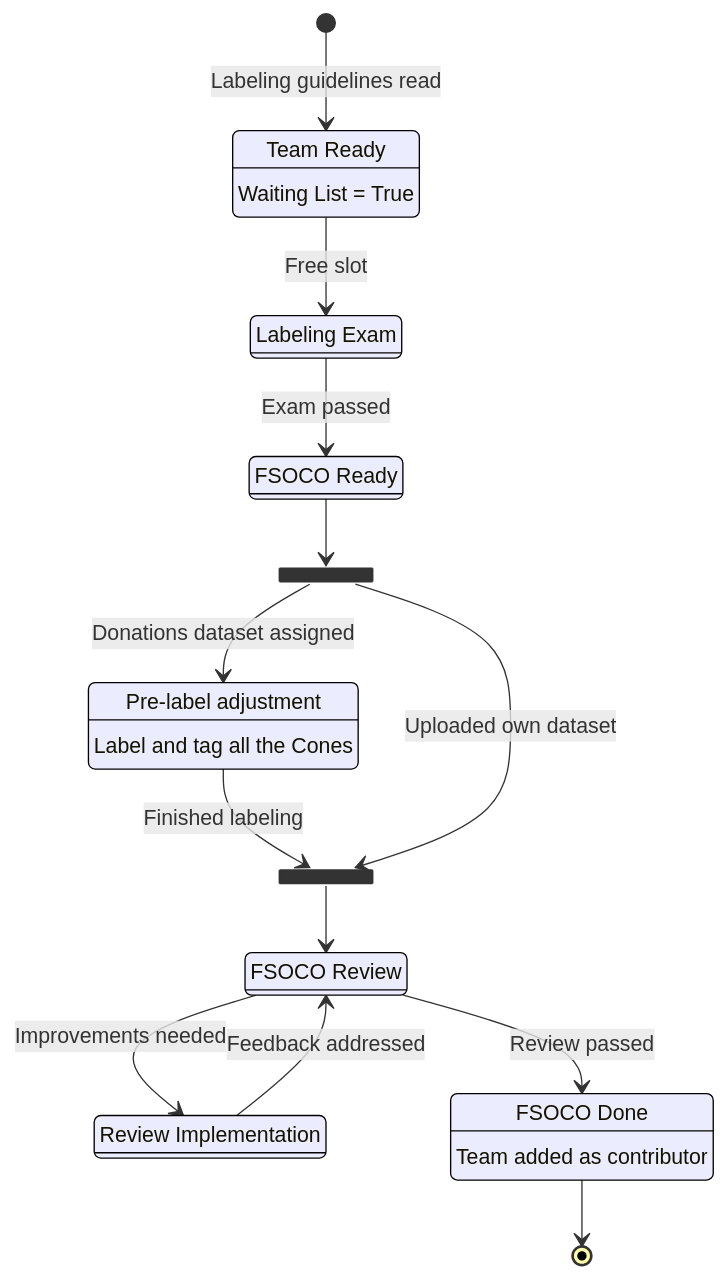
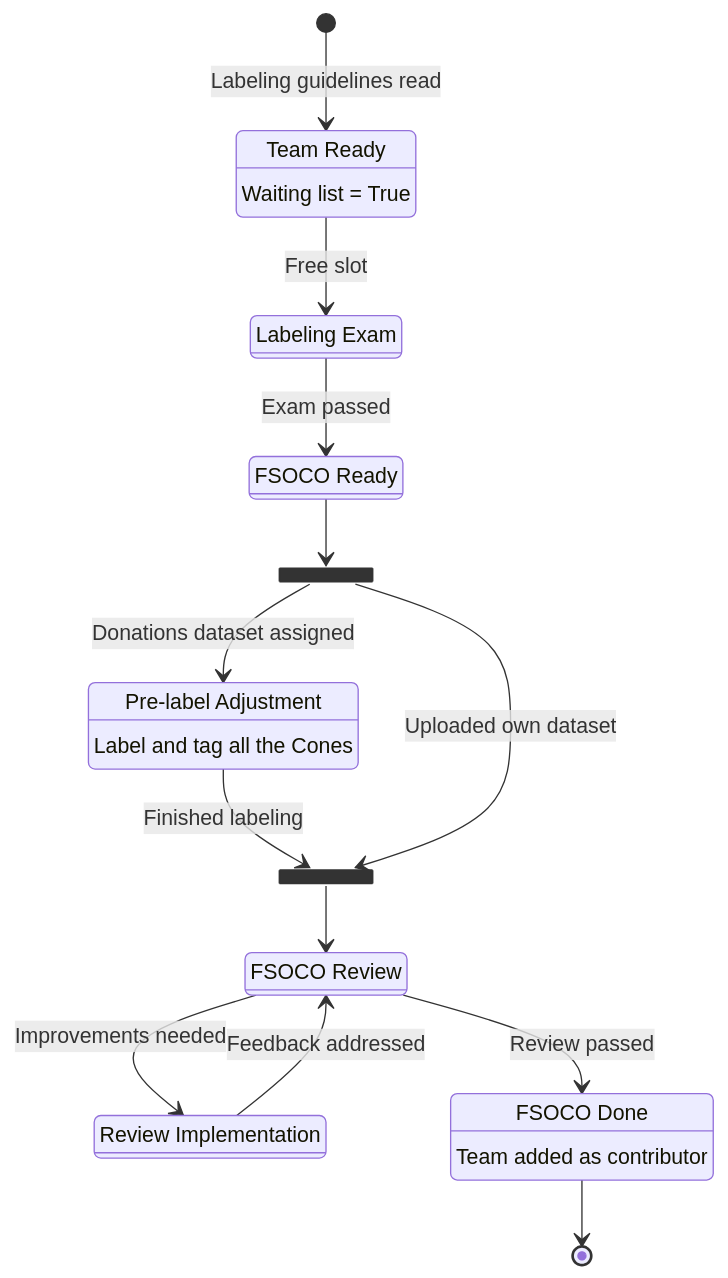
Before and after one commit to mfloto/fsoco-dataset: the diagram in docs/pages/how_to_contribute.md, drawn with Mermaid. The commit also changed other lines of this file and 1 other file, not shown here.

Commit message:
Style and consistency

```diff
--- a/docs/pages/how_to_contribute.md
+++ b/docs/pages/how_to_contribute.md
@@ -78,28 +79,29 @@
 <div class="mermaid">
-%%{init: {"theme": "default", "themeVariables": { "primaryColor": "#ffff00", "nodeBorder": "#000000", "background": "black", "mainBkg": "#ffffaa" }}}%%
+%%{init: {"theme": "default", "themeVariables": { "primaryColor": #aeceea", "nodeBorder": "black", "background": "black", "mainBkg": "#3884c7", "textColor": "#222222", "labelColor": "#ffffff" }}}%%
+
 stateDiagram
   state fork_state <<fork>>
   state join_state <<join>>
-    state "Team Ready" as s0: Waiting List = True
+    state "Team Ready" as s0: Waiting list = True
     state "Labeling Exam" as s1: 
     state "FSOCO Ready" as s2:
-    state "Pre-label adjustment" as s3: Label and tag all the Cones
+    state "Pre-label Adjustment" as s3: Label and tag all the Cones
     state "Review Implementation" as s4:
     state "FSOCO Review" as s5:
     state "FSOCO Done" as s6: Team added as contributor
     
     
 
     [*] --> s0: Labeling guidelines read
     s0 --> s1: Free slot
     s1 --> s2: Exam passed
     s2 --> fork_state
     fork_state --> s3: Donations dataset assigned
     s3 --> join_state: Finished labeling
     fork_state --> join_state: Uploaded own dataset
     join_state --> s5
     s5 --> s6: Review passed
     s5 --> s4: Improvements needed
     s4 --> s5: Feedback addressed
     s6 --> [*]
 </div>
```
